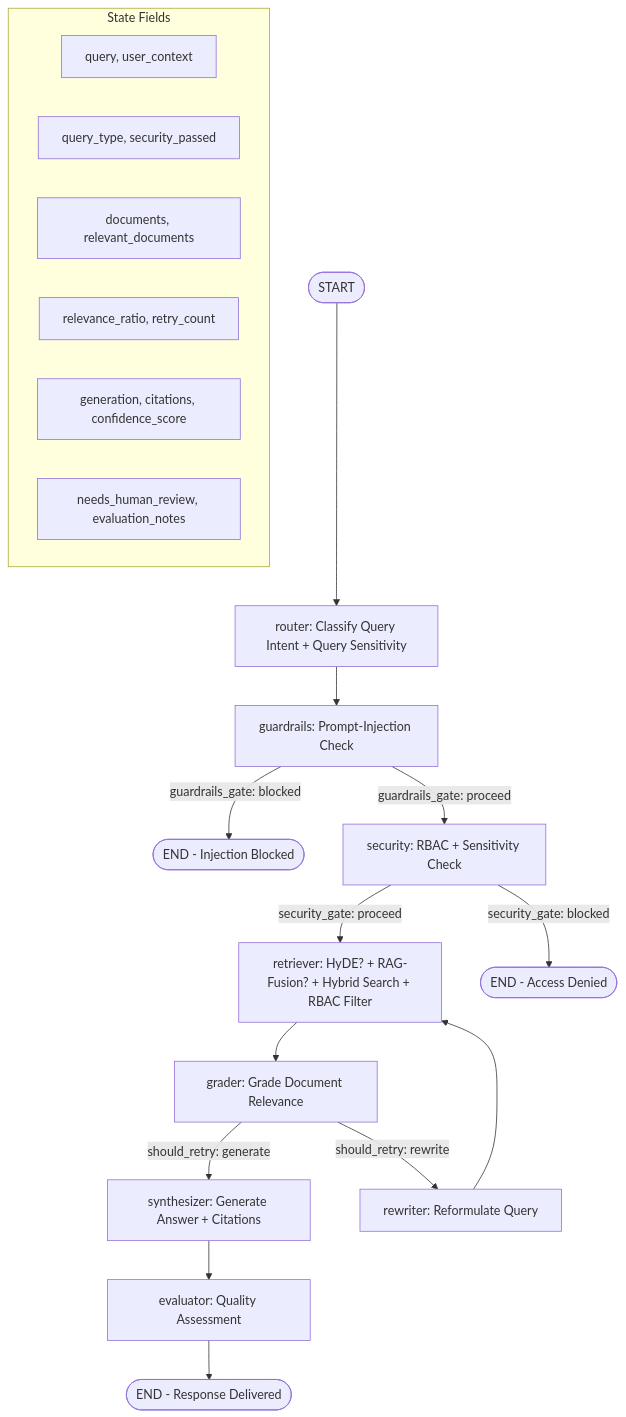
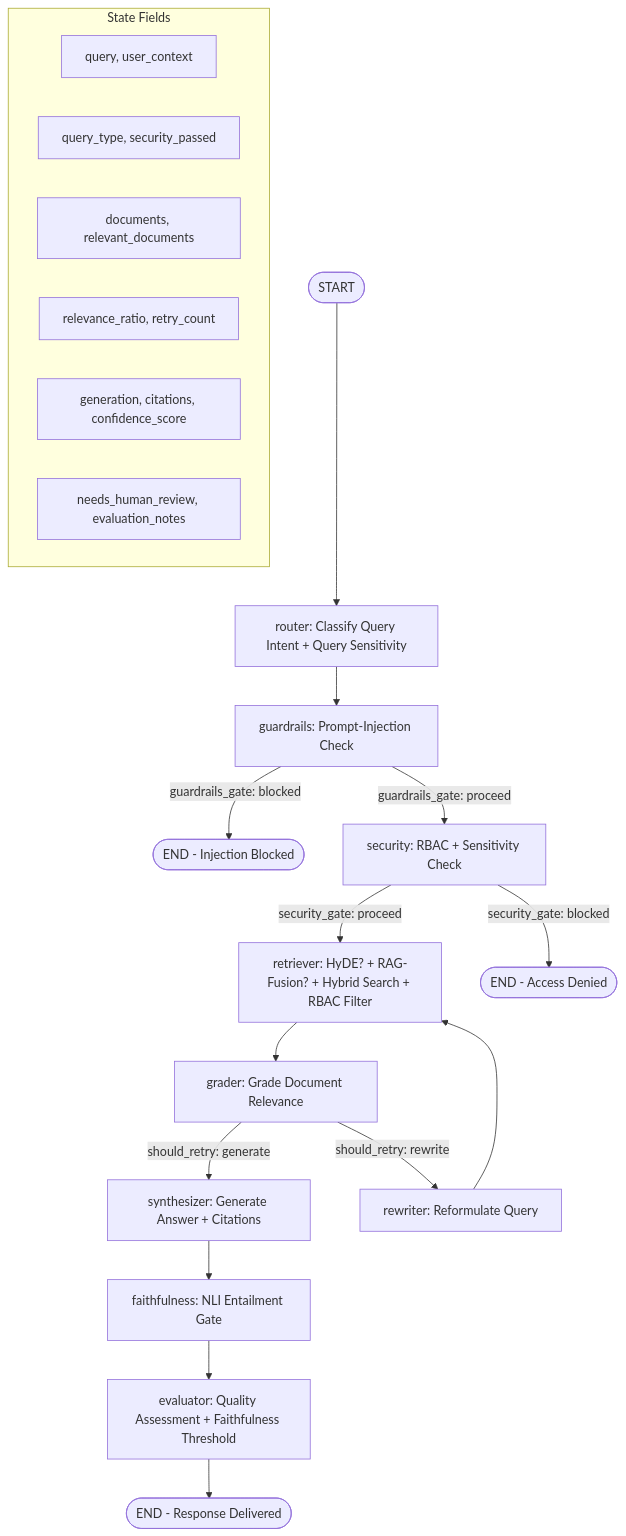
The second of 3 diagrams in architecture.md (moazmo/secureagentrag), drawn with Mermaid before and after one commit. The commit also changed other lines of this file and 1 other file, not shown here.

First line of the commit message:
docs: delete stale REVIEW_REPORT.md + refresh architecture.md

````diff
--- a/architecture.md
+++ b/architecture.md
@@ -151,32 +162,33 @@
 ```mermaid
 graph TB
     START([START]) --> RouterNode[router: Classify Query Intent + Query Sensitivity]
 
     RouterNode --> GuardrailsNode[guardrails: Prompt-Injection Check]
 
     GuardrailsNode -->|guardrails_gate: blocked| END_INJ([END - Injection Blocked])
     GuardrailsNode -->|guardrails_gate: proceed| SecurityNode[security: RBAC + Sensitivity Check]
 
     SecurityNode -->|security_gate: proceed| RetrieverNode[retriever: HyDE? + RAG-Fusion? + Hybrid Search + RBAC Filter]
     SecurityNode -->|security_gate: blocked| END_BLOCKED([END - Access Denied])
 
     RetrieverNode --> GraderNode[grader: Grade Document Relevance]
 
     GraderNode -->|should_retry: generate| SynthNode[synthesizer: Generate Answer + Citations]
     GraderNode -->|should_retry: rewrite| RewriterNode[rewriter: Reformulate Query]
 
     RewriterNode --> RetrieverNode
 
-    SynthNode --> EvalNode[evaluator: Quality Assessment]
+    SynthNode --> FaithNode[faithfulness: NLI Entailment Gate]
+    FaithNode --> EvalNode[evaluator: Quality Assessment + Faithfulness Threshold]
     EvalNode --> END_SUCCESS([END - Response Delivered])
 
     subgraph State Fields
         direction LR
         S1[query, user_context]
         S2[query_type, security_passed]
         S3[documents, relevant_documents]
         S4[relevance_ratio, retry_count]
         S5[generation, citations, confidence_score]
         S6[needs_human_review, evaluation_notes]
     end
 ```
````
